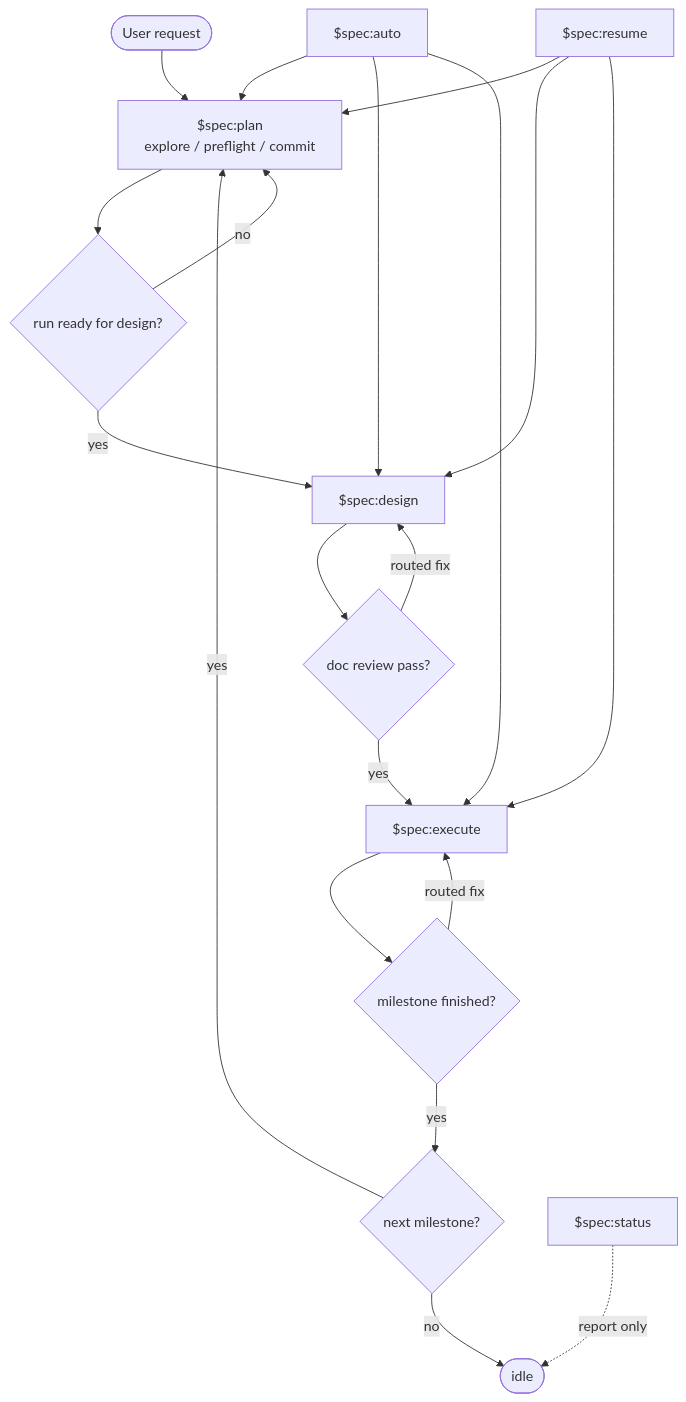
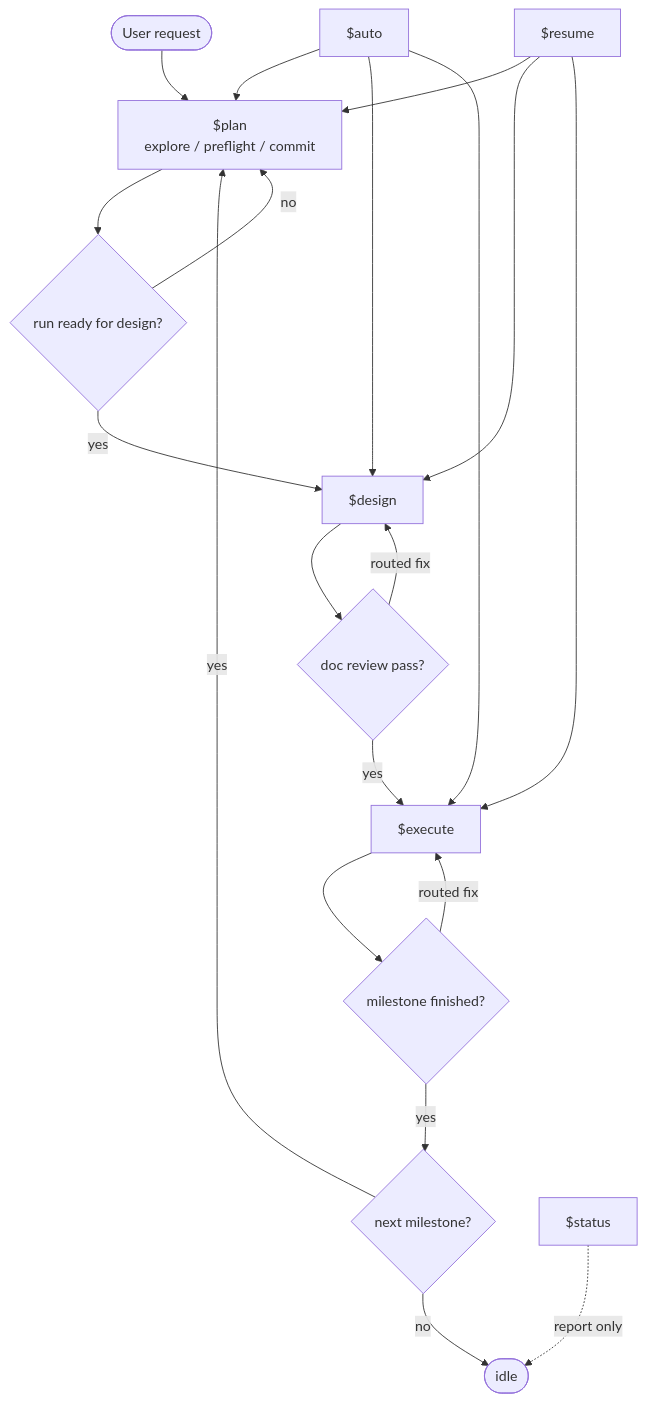
The diagram in common/en/.codex/prompts/main-thread.md (0xTimi2233/codex-spec), drawn with Mermaid before and after one commit. The commit also changed other lines of this file and 26 other files, not shown here.

````diff
--- a/common/en/.codex/prompts/main-thread.md
+++ b/common/en/.codex/prompts/main-thread.md
@@ -22,22 +22,22 @@
 ```mermaid
 flowchart TD
-  Start([User request]) --> Plan["$spec:plan<br/>explore / preflight / commit"]
+  Start([User request]) --> Plan["$plan<br/>explore / preflight / commit"]
   Plan --> ReadyDesign{run ready for design?}
-  ReadyDesign -- yes --> Design["$spec:design"]
+  ReadyDesign -- yes --> Design["$design"]
   ReadyDesign -- no --> Plan
   Design --> ReadyExecute{doc review pass?}
-  ReadyExecute -- yes --> Execute["$spec:execute"]
+  ReadyExecute -- yes --> Execute["$execute"]
   ReadyExecute -- routed fix --> Design
   Execute --> Finished{milestone finished?}
   Finished -- yes --> Next{next milestone?}
   Finished -- routed fix --> Execute
   Next -- yes --> Plan
   Next -- no --> Idle([idle])
-  Auto["$spec:auto"] --> Plan
+  Auto["$auto"] --> Plan
   Auto --> Design
   Auto --> Execute
-  Resume["$spec:resume"] --> Plan
+  Resume["$resume"] --> Plan
   Resume --> Design
   Resume --> Execute
-  Status["$spec:status"] -. report only .-> Idle
+  Status["$status"] -. report only .-> Idle
 ```
````
